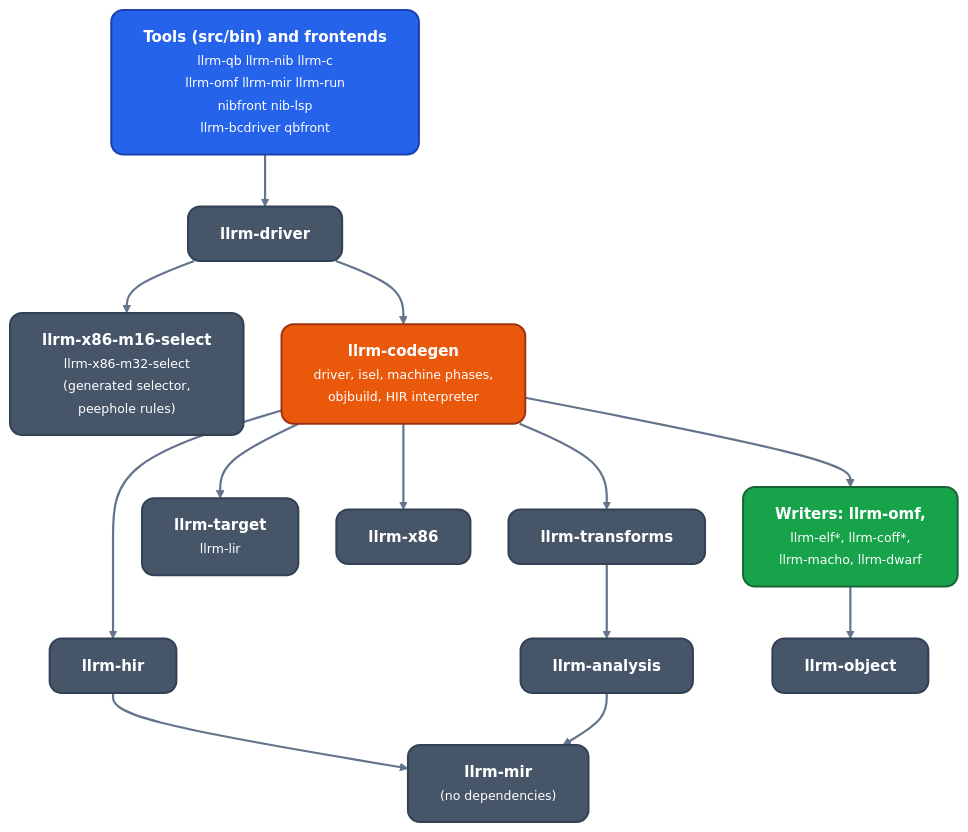
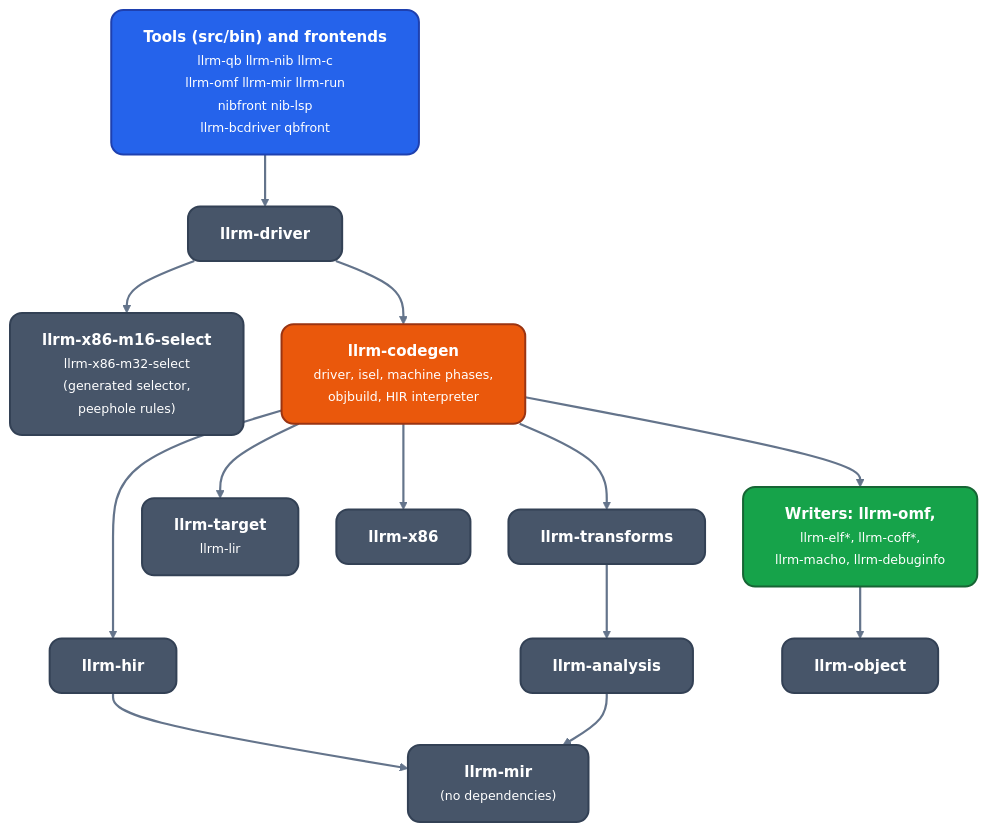
One commit to ali-mosavian/llrm changed the second of 6 diagrams in docs/architecture/readme.md. Above: the diagram before and after it, drawn with Mermaid. The commit also changed 56 other files, not shown here.

Commit message:
refactor(layout): object formats move to crates/mc, dwarf into debuginfo

````diff
--- a/docs/architecture/readme.md
+++ b/docs/architecture/readme.md
@@ -72,33 +72,33 @@
 ```mermaid
 %%{init: {'theme':'base','themeVariables':{'fontFamily':'Segoe UI, Helvetica Neue, Arial, DejaVu Sans, sans-serif','fontSize':'15px','primaryColor':'#475569','primaryTextColor':'#ffffff','primaryBorderColor':'#334155','lineColor':'#64748b','secondaryColor':'#475569','tertiaryColor':'transparent','clusterBkg':'transparent','clusterBorder':'#64748b','edgeLabelBackground':'#334155','textColor':'#64748b','titleColor':'#64748b'},'flowchart':{'curve':'basis','nodeSpacing':38,'rankSpacing':52,'padding':16,'wrappingWidth':360,'htmlLabels':true,'useMaxWidth':true}}}%%
 flowchart TB
   classDef src fill:#2563eb,stroke:#1e40af,stroke-width:2px,color:#ffffff,rx:12px,ry:12px
   classDef mid fill:#475569,stroke:#334155,stroke-width:2px,color:#ffffff,rx:12px,ry:12px
   classDef opt fill:#ea580c,stroke:#9a3412,stroke-width:2px,color:#ffffff,rx:12px,ry:12px
   classDef out fill:#16a34a,stroke:#166534,stroke-width:2px,color:#ffffff,rx:12px,ry:12px
   linkStyle default stroke:#64748b,stroke-width:2.2px
   fe["<b>Tools (src/bin) and frontends</b><br/><small>llrm-qb llrm-nib llrm-c<br/>llrm-omf llrm-mir llrm-run<br/>nibfront nib-lsp<br/>llrm-bcdriver qbfront</small>"]:::src
   drv["<b>llrm-driver</b>"]:::mid
   sel["<b>llrm-x86-m16-select</b><br/><small>llrm-x86-m32-select<br/>(generated selector,<br/>peephole rules)</small>"]:::mid
   core["<b>llrm-codegen</b><br/><small>driver, isel, machine phases,<br/>objbuild, HIR interpreter</small>"]:::opt
   hir["<b>llrm-hir</b>"]:::mid
   tr["<b>llrm-transforms</b>"]:::mid
   tgt["<b>llrm-target</b><br/><small>llrm-lir</small>"]:::mid
   x86["<b>llrm-x86</b>"]:::mid
-  wr["<b>Writers: llrm-omf,</b><br/><small>llrm-elf*, llrm-coff*,<br/>llrm-macho, llrm-dwarf</small>"]:::out
+  wr["<b>Writers: llrm-omf,</b><br/><small>llrm-elf*, llrm-coff*,<br/>llrm-macho, llrm-debuginfo</small>"]:::out
   an["<b>llrm-analysis</b>"]:::mid
   obj["<b>llrm-object</b>"]:::mid
   mir["<b>llrm-mir</b><br/><small>(no dependencies)</small>"]:::mid
   fe --> drv
   drv --> sel
   drv --> core
   core --> hir
   core --> tr
   core --> tgt
   core --> x86
   core --> wr
   wr --> obj
   hir --> mir
   tr --> an
   an --> mir
 ```
````
